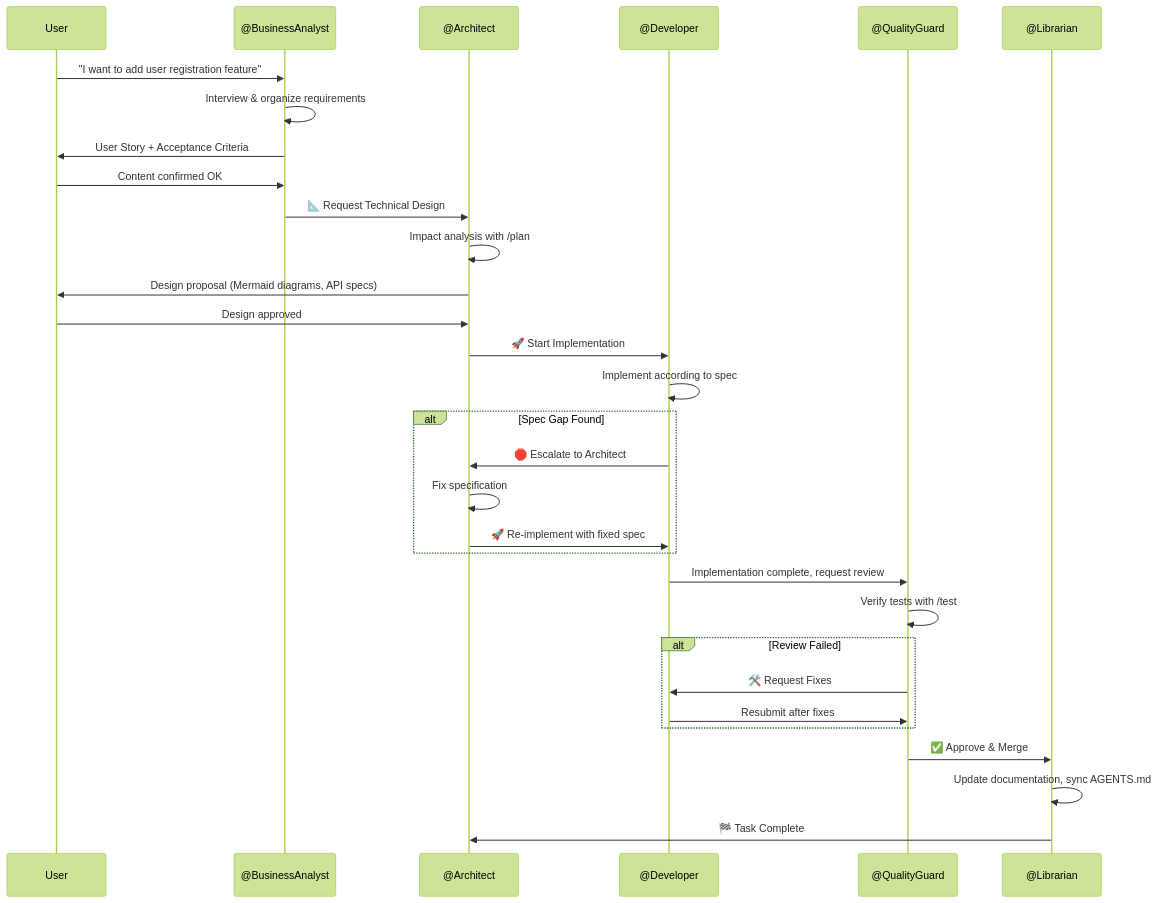
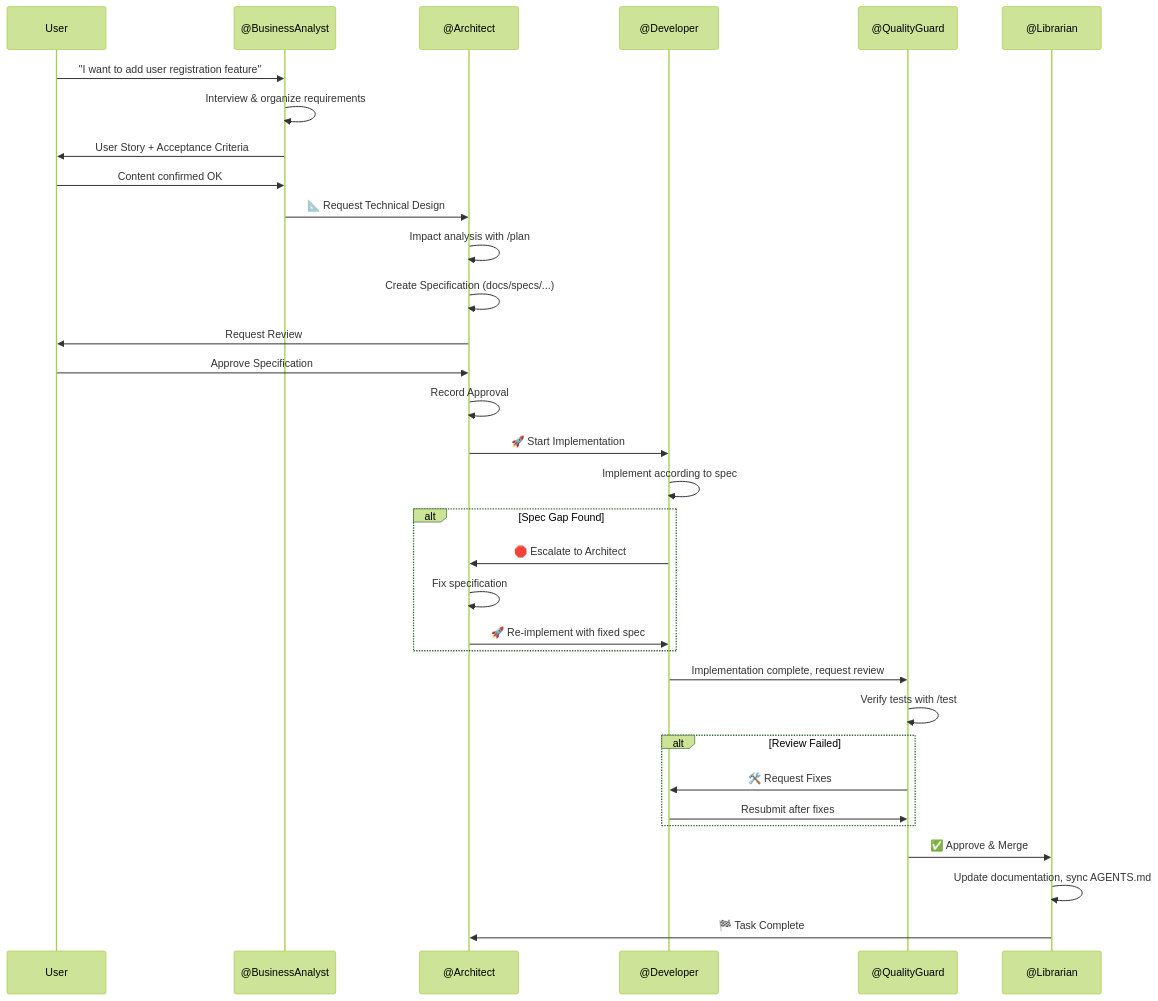
One commit to LongbowXXX/terraformer changed the third of 8 diagrams in agents-docs/key-flows.md. Above: the diagram before and after it, drawn with Mermaid (forest theme). The commit also changed other lines of this file and 7 other files, not shown here.

````diff
--- a/agents-docs/key-flows.md
+++ b/agents-docs/key-flows.md
@@ -90,41 +90,43 @@
 ```mermaid
 sequenceDiagram
     participant U as User
     participant BA as @BusinessAnalyst
     participant AR as @Architect
     participant DV as @Developer
     participant QG as @QualityGuard
     participant LB as @Librarian
 
     U->>BA: "I want to add user registration feature"
     BA->>BA: Interview & organize requirements
     BA->>U: User Story + Acceptance Criteria
 
     U->>BA: Content confirmed OK
     BA->>AR: 📐 Request Technical Design
 
     AR->>AR: Impact analysis with /plan
-    AR->>U: Design proposal (Mermaid diagrams, API specs)
-    U->>AR: Design approved
+    AR->>AR: Create Specification (docs/specs/...)
+    AR->>U: Request Review
+    U->>AR: Approve Specification
+    AR->>AR: Record Approval
 
     AR->>DV: 🚀 Start Implementation
     DV->>DV: Implement according to spec
 
     alt Spec Gap Found
         DV->>AR: 🛑 Escalate to Architect
         AR->>AR: Fix specification
         AR->>DV: 🚀 Re-implement with fixed spec
     end
 
     DV->>QG: Implementation complete, request review
     QG->>QG: Verify tests with /test
 
     alt Review Failed
         QG->>DV: 🛠️ Request Fixes
         DV->>QG: Resubmit after fixes
     end
 
     QG->>LB: ✅ Approve & Merge
     LB->>LB: Update documentation, sync AGENTS.md
     LB->>AR: 🏁 Task Complete
 ```
````
